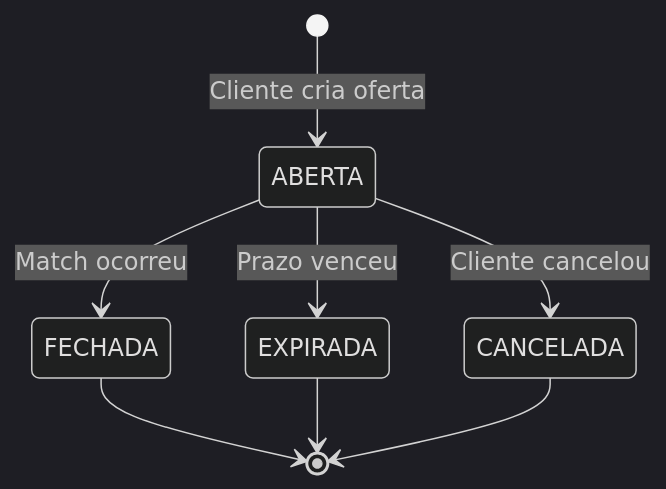
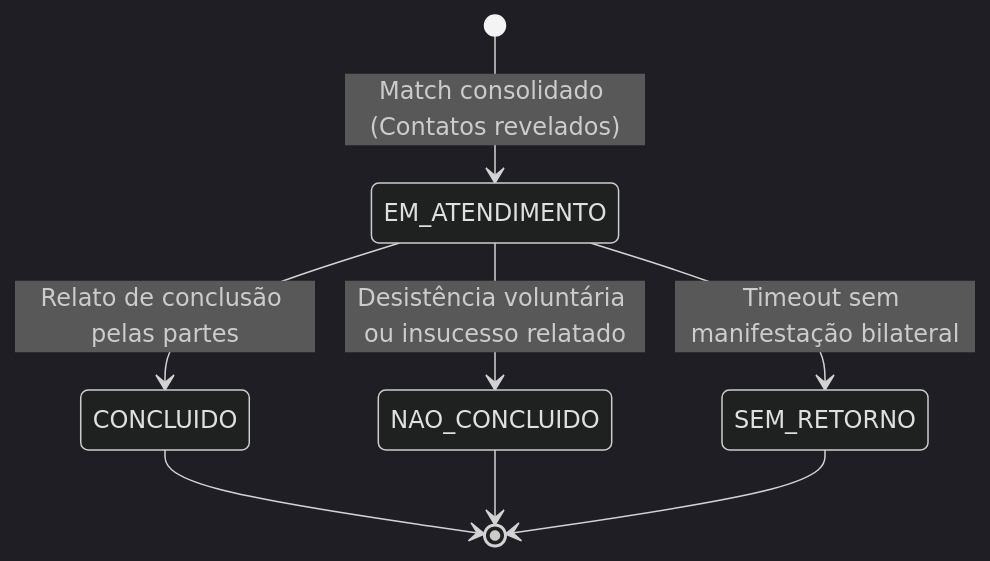
Before and after one commit to rspindola/melhor-cambio-clone: the second of 2 diagrams in docs/03-product/prd.md, drawn with Mermaid (dark theme). The commit also changed other lines of this file and 13 other files, not shown here.

````diff
--- a/docs/03-product/prd.md
+++ b/docs/03-product/prd.md
@@ -390,11 +416,13 @@
 ```mermaid
-%% MEANING: Ciclo de vida da oferta publicada pelo cliente
+%% MEANING: Ciclo de vida do atendimento comercial pós-match
 stateDiagram-v2
-    [*] --> ABERTA : Cliente cria oferta
-    ABERTA --> FECHADA : Match ocorreu
-    ABERTA --> EXPIRADA : Prazo venceu
-    ABERTA --> CANCELADA : Cliente cancelou
-    FECHADA --> [*]
-    EXPIRADA --> [*]
-    CANCELADA --> [*]
+    [*] --> EM_ATENDIMENTO : Match consolidado (Contatos revelados)
+    
+    EM_ATENDIMENTO --> CONCLUIDO : Relato de conclusão pelas partes
+    EM_ATENDIMENTO --> NAO_CONCLUIDO : Desistência voluntária ou insucesso relatado
+    EM_ATENDIMENTO --> SEM_RETORNO : Timeout sem manifestação bilateral
+    
+    CONCLUIDO --> [*]
+    NAO_CONCLUIDO --> [*]
+    SEM_RETORNO --> [*]
 ```
````
